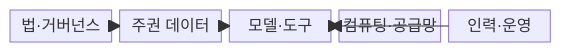
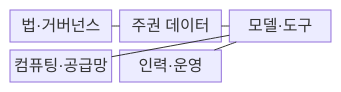
One commit to agnusdei1207/knowledge-base changed the first of 2 diagrams in src/content/docs/notes/08-latest-tech/183_sovereign_ai.md. Above: the diagram before and after it, drawn with Mermaid. The commit also changed other lines of this file and 53 other files, not shown here.

````diff
--- a/src/content/docs/notes/08-latest-tech/183_sovereign_ai.md
+++ b/src/content/docs/notes/08-latest-tech/183_sovereign_ai.md
@@ -50,13 +50,13 @@
 ```mermaid
 block-beta
-  columns 5
+  columns 3
   A["법·거버넌스"]
   B["주권 데이터"]
   C["모델·도구"]
   D["컴퓨팅·공급망"]
   E["인력·운영"]
-  A --> B
-  B --> C
-  D --> C
-  E --> C
+  A --- B
+  B --- C
+  D --- C
+  E --- C
 ```
````
